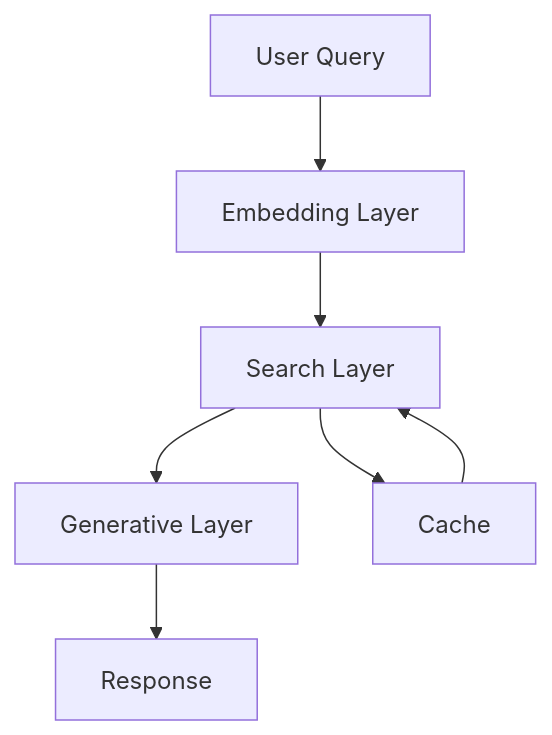
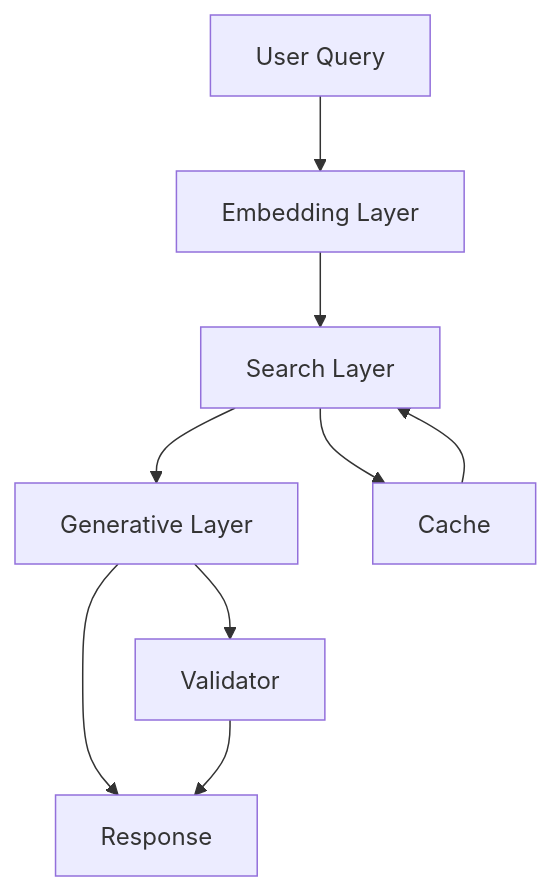
One commit to vaibhavcssbb/LincolnBot changed the diagram in PROJECT_REPORT.md. Above: the diagram before and after it, drawn with Mermaid. The commit also changed other lines of this file and 1 other file, not shown here.

````diff
--- a/PROJECT_REPORT.md
+++ b/PROJECT_REPORT.md
@@ -24,9 +24,11 @@
 ```mermaid
 graph TD
     A[User Query] --> B[Embedding Layer]
     B --> C[Search Layer]
     C --> D[Generative Layer]
     D --> E[Response]
     C --> F[Cache]
     F --> C
+    D --> G[Validator]
+    G --> E
 ```
````
